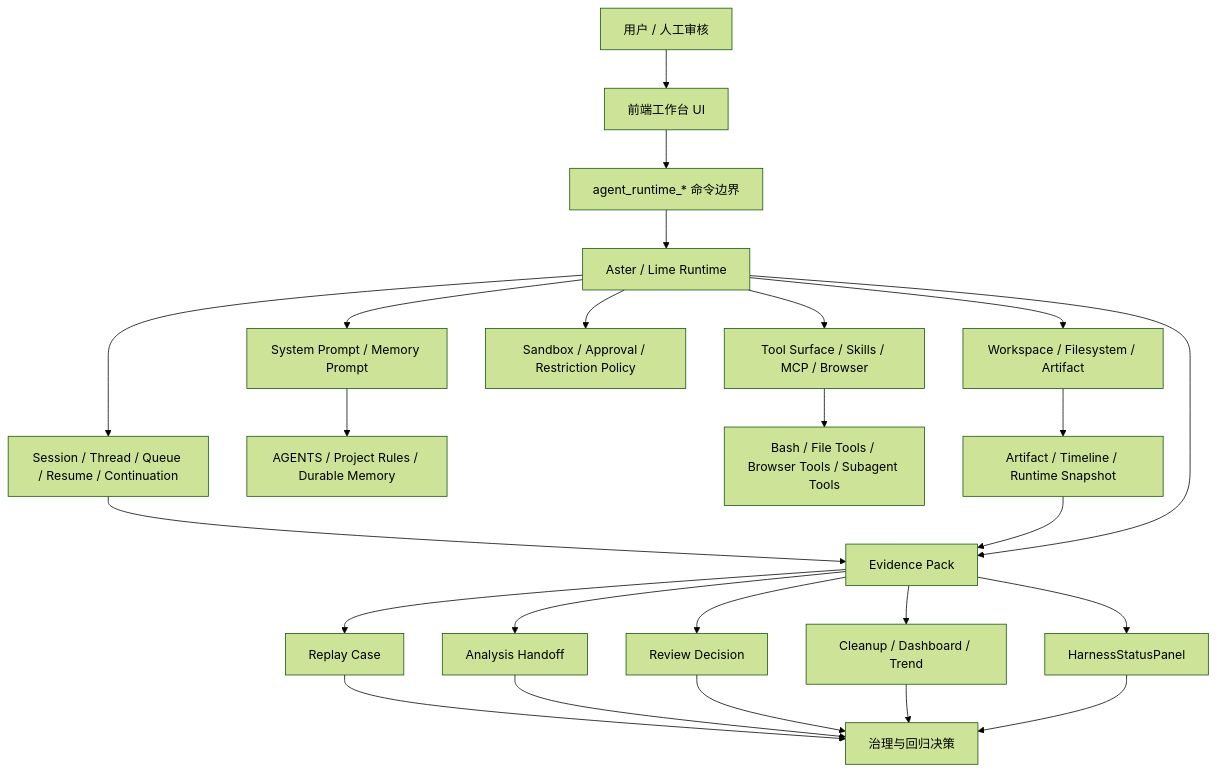
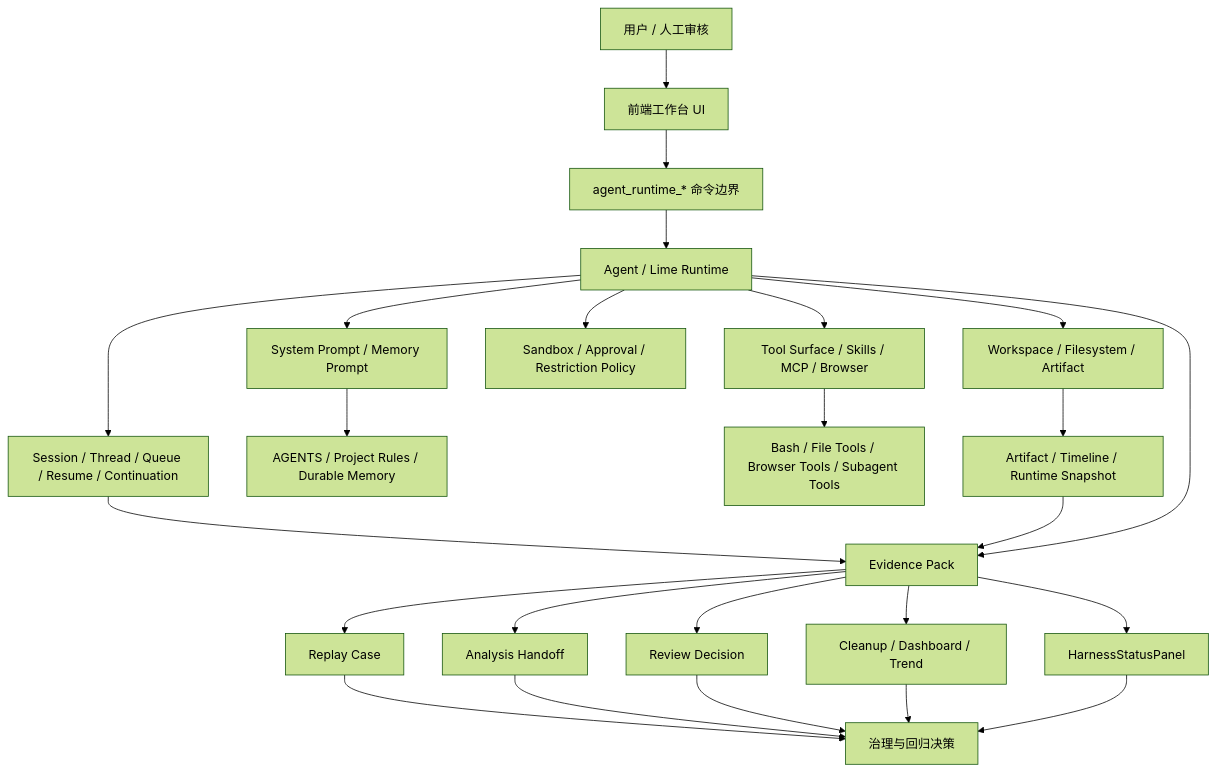
Before and after one commit to jiujuan/lime: the first of 5 diagrams in internal/roadmap/harness-engine/diagrams.md, drawn with Mermaid (forest theme). The commit also changed other lines of this file and 975 other files, not shown here.

````diff
--- a/internal/roadmap/harness-engine/diagrams.md
+++ b/internal/roadmap/harness-engine/diagrams.md
@@ -9,32 +9,32 @@
 ```mermaid
 flowchart TB
     User[用户 / 人工审核] --> UI[前端工作台 UI]
     UI --> RuntimeAPI[agent_runtime_* 命令边界]
-    RuntimeAPI --> Runtime[Aster / Lime Runtime]
+    RuntimeAPI --> Runtime[Agent / Lime Runtime]
 
     Runtime --> Prompt[System Prompt / Memory Prompt]
     Runtime --> ToolSurface[Tool Surface / Skills / MCP / Browser]
     Runtime --> Policy[Sandbox / Approval / Restriction Policy]
     Runtime --> Session[Session / Thread / Queue / Resume / Continuation]
     Runtime --> Workspace[Workspace / Filesystem / Artifact]
 
     Prompt --> Memory[AGENTS / Project Rules / Durable Memory]
     ToolSurface --> Exec[Bash / File Tools / Browser Tools / Subagent Tools]
     Workspace --> Artifact[Artifact / Timeline / Runtime Snapshot]
 
     Session --> Evidence[Evidence Pack]
     Artifact --> Evidence
     Runtime --> Evidence
 
     Evidence --> Replay[Replay Case]
     Evidence --> Analysis[Analysis Handoff]
     Evidence --> Review[Review Decision]
     Evidence --> Dashboard[Cleanup / Dashboard / Trend]
     Evidence --> StatusPanel[HarnessStatusPanel]
 
     Replay --> Governance[治理与回归决策]
     Analysis --> Governance
     Review --> Governance
     Dashboard --> Governance
     StatusPanel --> Governance
 ```
````
